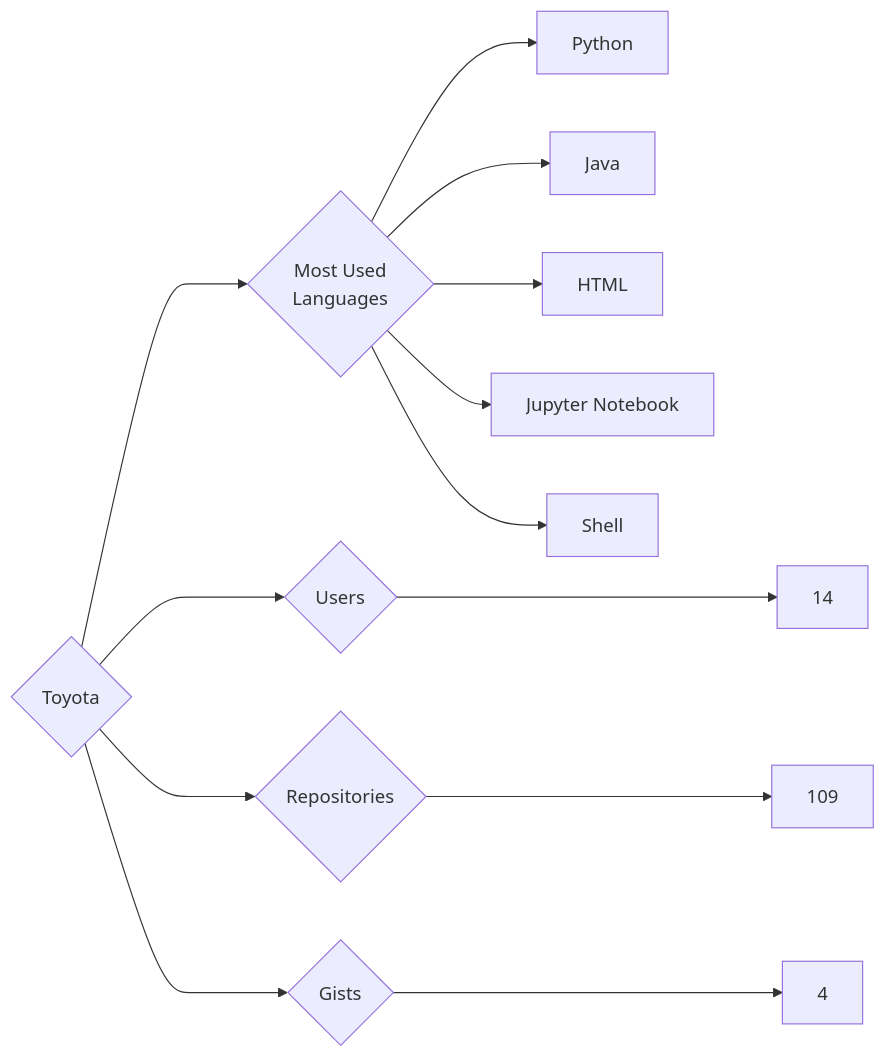
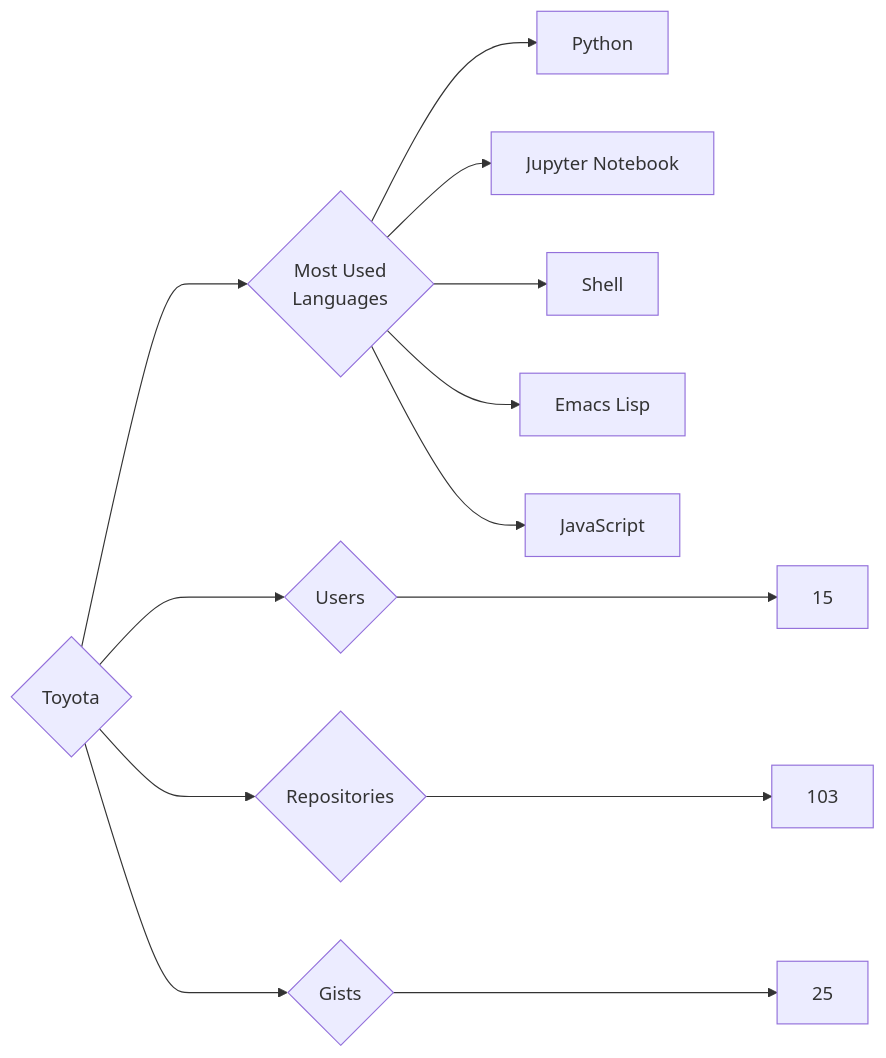
One commit to trickest/insiders changed the diagram in targets/Toyota/README.md. Above: the diagram before and after it, drawn with Mermaid. The commit also changed 948 other files, not shown here.

````diff
--- a/targets/Toyota/README.md
+++ b/targets/Toyota/README.md
@@ -3,13 +3,13 @@
 ```mermaid
 graph LR
 COMPANY_NAME{Toyota}
-COMPANY_NAME ---> U{Users} ---> UN[14]
-COMPANY_NAME ---> R{Repositories} ---> RN[109]
-COMPANY_NAME ---> G{Gists} ---> GN[4]
+COMPANY_NAME ---> U{Users} ---> UN[15]
+COMPANY_NAME ---> R{Repositories} ---> RN[103]
+COMPANY_NAME ---> G{Gists} ---> GN[25]
 COMPANY_NAME ---> ML{Most Used<br>Languages}
 ML --> Python[Python]
-ML --> Java[Java]
-ML --> HTML[HTML]
 ML --> Jupyter_Notebook[Jupyter Notebook]
 ML --> Shell[Shell]
+ML --> Emacs_Lisp[Emacs Lisp]
+ML --> JavaScript[JavaScript]
 ```
````
